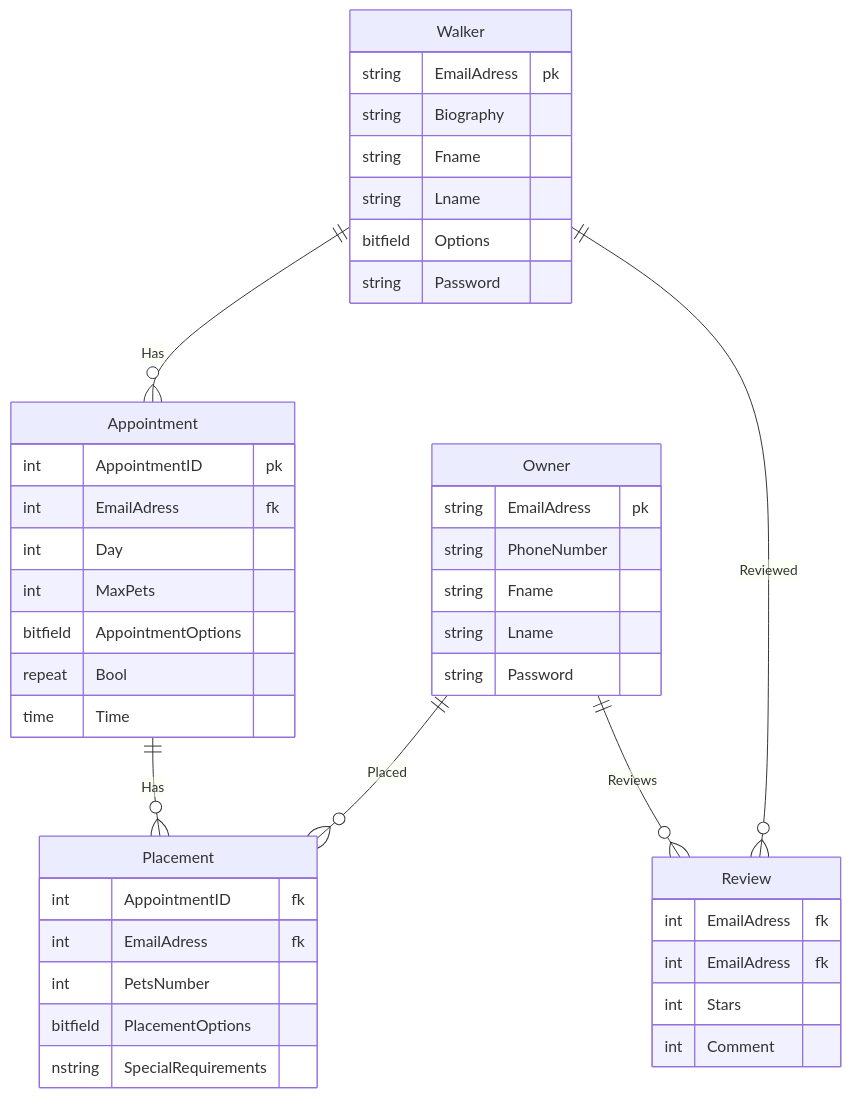
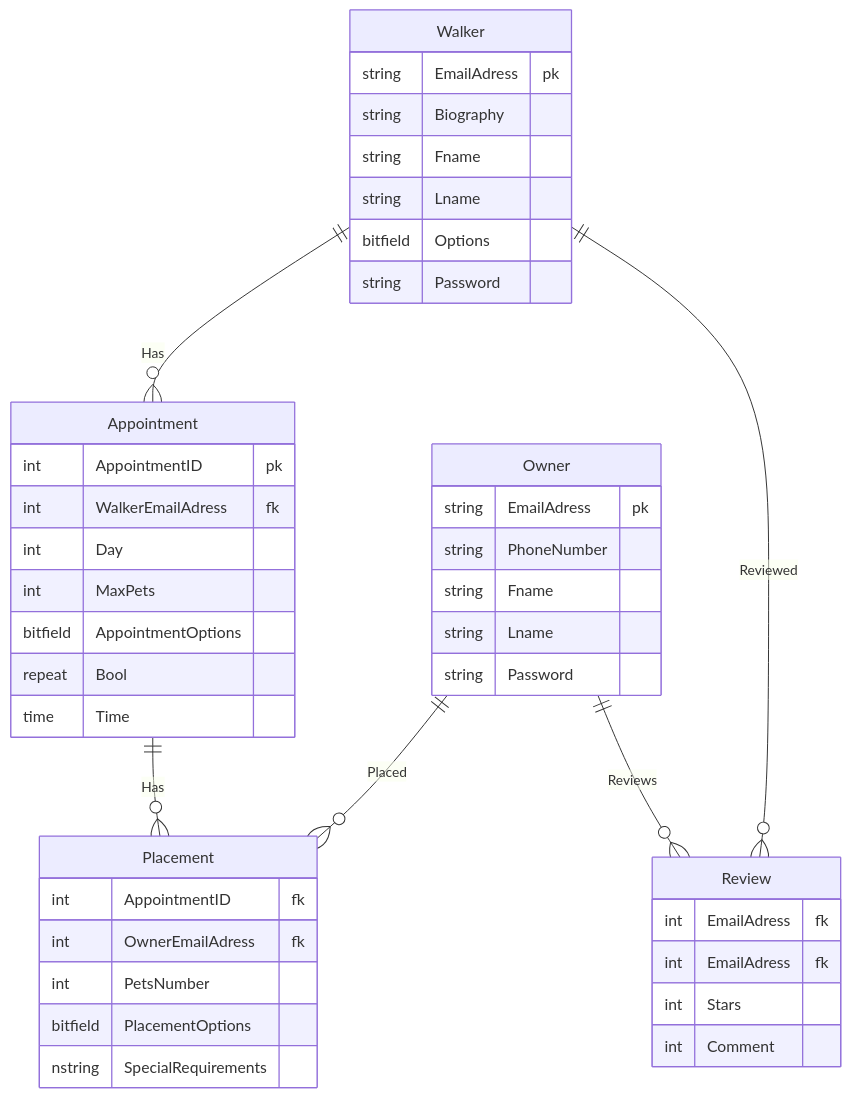
Before and after one commit to penguinjuice311/coursework: the diagram in erd.md, drawn with Mermaid.

````diff
--- a/erd.md
+++ b/erd.md
@@ -1,47 +1,47 @@
 ```mermaid
 erDiagram
 
 Walker ||--o{Appointment: Has
 Appointment ||--o{Placement: Has
 Owner ||--o{Placement: Placed
 Walker ||--o{Review: Reviewed
 Owner ||--o{Review: Reviews
 
 Walker {
   string EmailAdress pk
   string Biography 
   string Fname
   string Lname
   bitfield Options
   string Password }
 
 Owner {
   string EmailAdress pk
   string PhoneNumber 
   string Fname
   string Lname
   string Password }
 
 Appointment {
   int AppointmentID pk
-  int EmailAdress fk
+  int WalkerEmailAdress fk
   int Day 
   int MaxPets
   bitfield AppointmentOptions
   repeat Bool
   time Time }
 
 Placement {
   int AppointmentID fk
-  int EmailAdress fk
+  int OwnerEmailAdress fk
   int PetsNumber
   bitfield PlacementOptions
   nstring SpecialRequirements }
 
 Review {
   int EmailAdress fk
   int EmailAdress fk
   int Stars
   int Comment }
 
 ```
````
